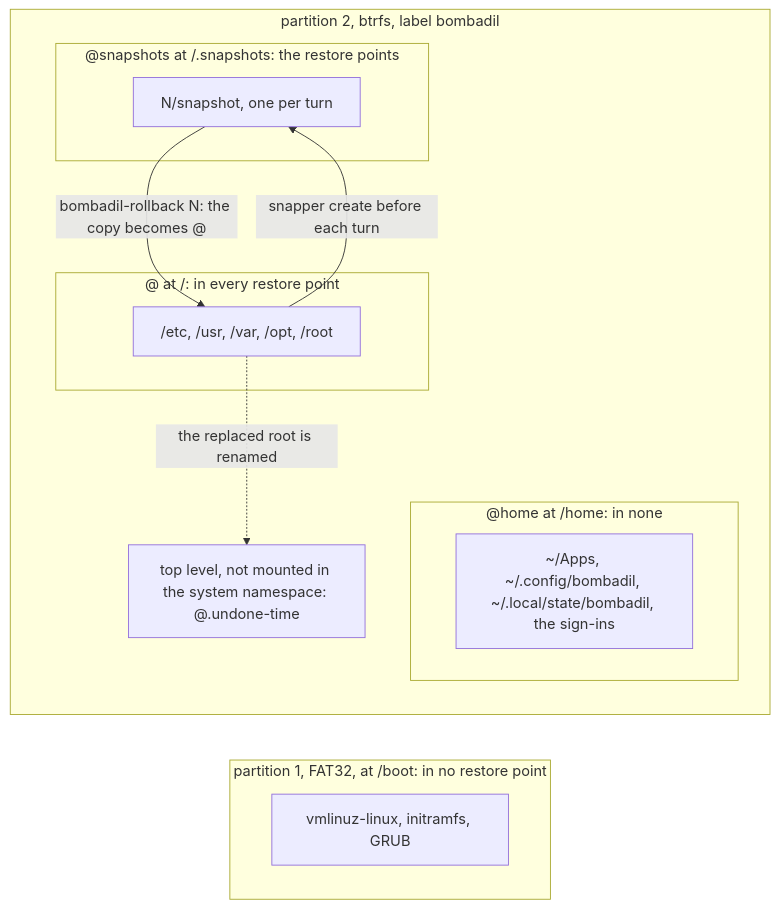
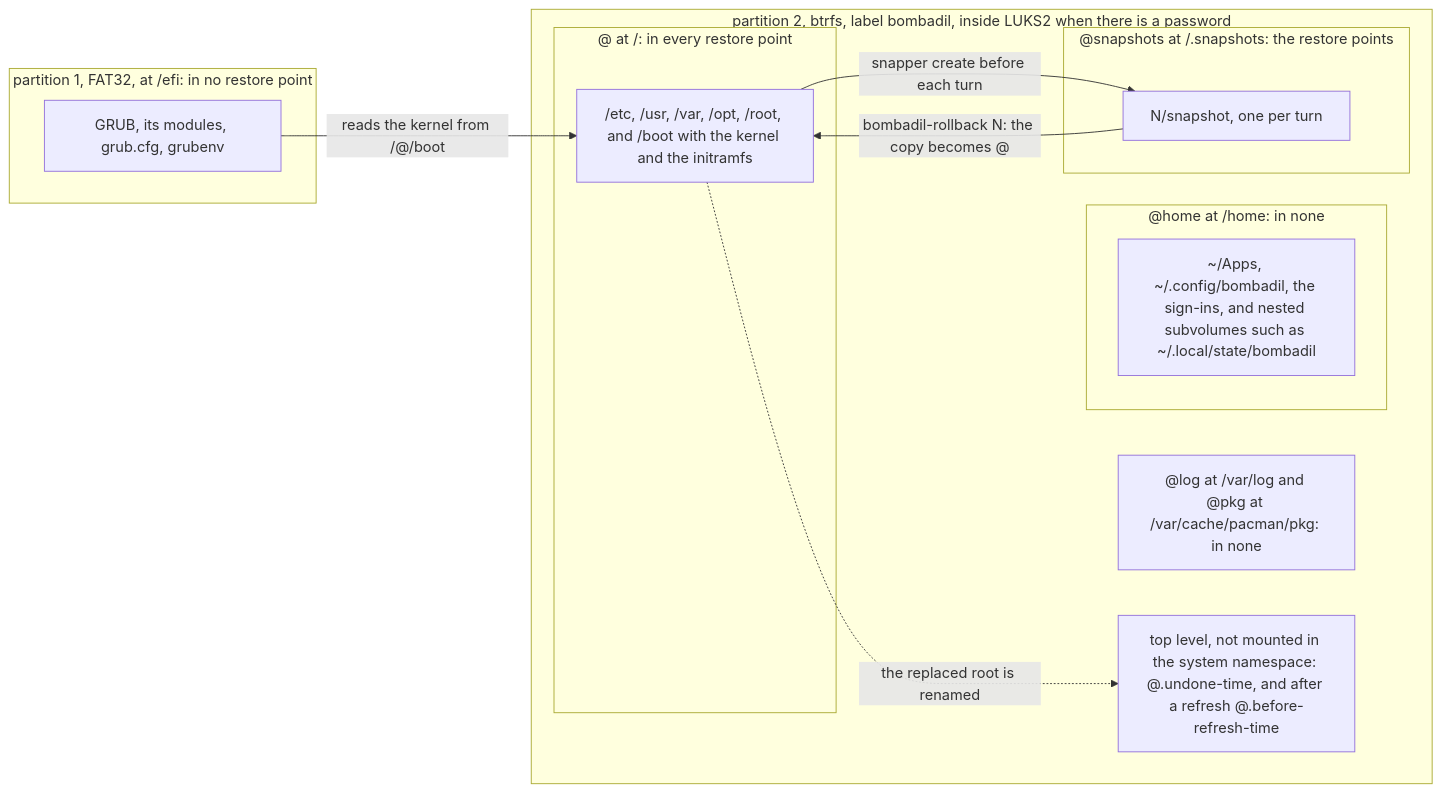
One commit to thedefaultman/Bombadil changed the second of 2 diagrams in docs/architecture/restore-points.md. Above: the diagram before and after it, drawn with Mermaid. The commit also changed other lines of this file and 22 other files, not shown here.

First line of the commit message:
docs: architecture, UX and brand pages brought up to date for the installed OS, the Tips app and card, and idle cost

````diff
--- a/docs/architecture/restore-points.md
+++ b/docs/architecture/restore-points.md
@@ -110,21 +128,23 @@
 ```mermaid
 flowchart LR
-    subgraph esp["partition 1, FAT32, at /boot: in no restore point"]
-        BOOT["vmlinuz-linux, initramfs, GRUB"]
+    subgraph esp["partition 1, FAT32, at /efi: in no restore point"]
+        BOOT["GRUB, its modules, grub.cfg, grubenv"]
     end
-    subgraph pool["partition 2, btrfs, label bombadil"]
+    subgraph pool["partition 2, btrfs, label bombadil, inside LUKS2 when there is a password"]
         subgraph root["@ at /: in every restore point"]
-            ROOT["/etc, /usr, /var, /opt, /root"]
+            ROOT["/etc, /usr, /var, /opt, /root, and /boot with the kernel and the initramfs"]
         end
         subgraph home["@home at /home: in none"]
-            HOME["~/Apps, ~/.config/bombadil, ~/.local/state/bombadil, the sign-ins"]
+            HOME["~/Apps, ~/.config/bombadil, the sign-ins, and nested subvolumes such as ~/.local/state/bombadil"]
         end
+        LOGS["@log at /var/log and @pkg at /var/cache/pacman/pkg: in none"]
         subgraph snaps["@snapshots at /.snapshots: the restore points"]
             RP["N/snapshot, one per turn"]
         end
-        OLD["top level, not mounted in the system namespace: @.undone-time"]
+        OLD["top level, not mounted in the system namespace: @.undone-time, and after a refresh @.before-refresh-time"]
     end
+    BOOT -->|"reads the kernel from /@/boot"| ROOT
     ROOT -->|"snapper create before each turn"| RP
     RP -->|"bombadil-rollback N: the copy becomes @"| ROOT
     ROOT -.->|"the replaced root is renamed"| OLD
 ```
````
